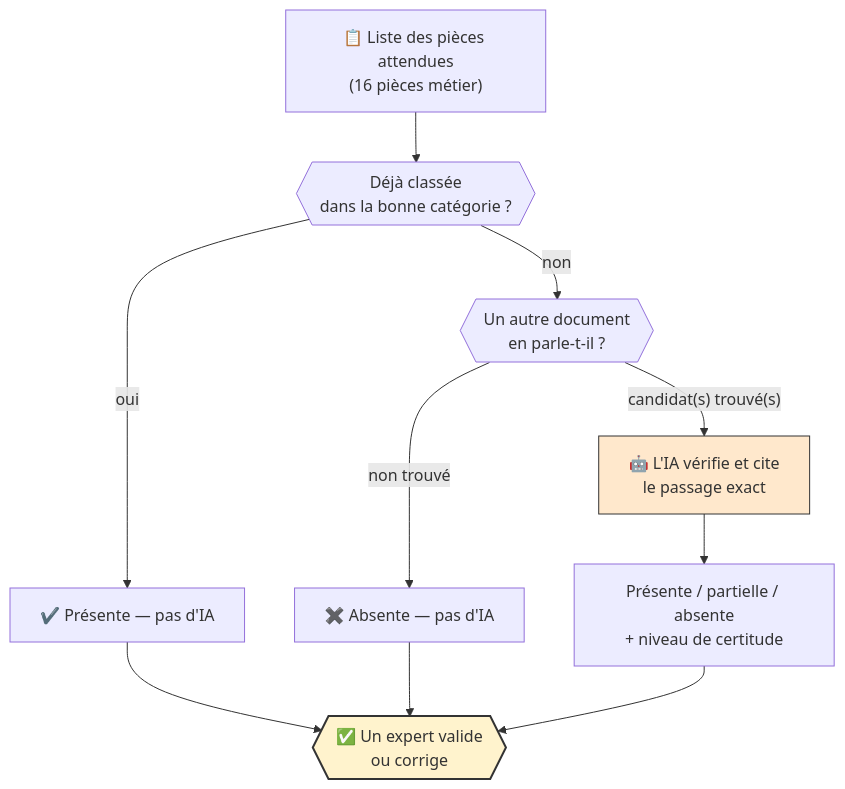
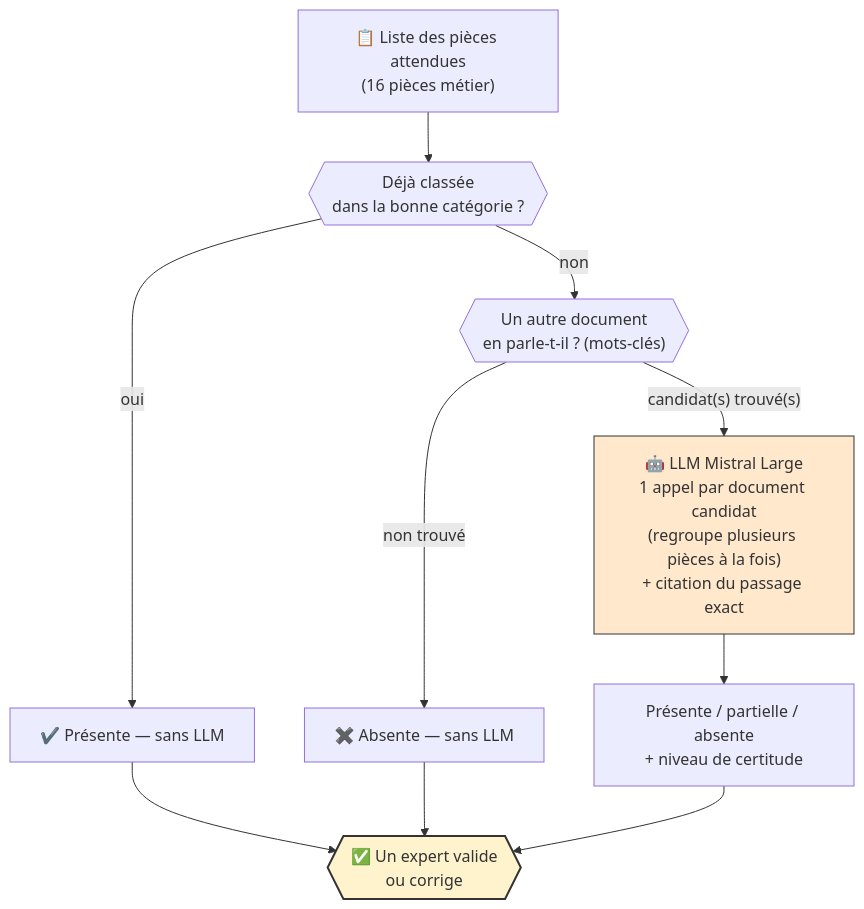
One commit to louisclzzzzzzz/AOP-app-v2 changed the fourth of 10 diagrams in docs/presentation/01_DIAGRAMMES_MERMAID.md. Above: the diagram before and after it, drawn with Mermaid. The commit also changed other lines of this file, not shown here.

First line of the commit message:
Rend les diagrammes Mermaid un peu plus techniques

````diff
--- a/docs/presentation/01_DIAGRAMMES_MERMAID.md
+++ b/docs/presentation/01_DIAGRAMMES_MERMAID.md
@@ -71,16 +74,16 @@
 ```mermaid
 flowchart TD
     LIST["📋 Liste des pièces attendues<br/>(16 pièces métier)"] --> L1{{"Déjà classée<br/>dans la bonne catégorie ?"}}
-    L1 -->|oui| OK["✔️ Présente — pas d'IA"]
-    L1 -->|non| L2{{"Un autre document<br/>en parle-t-il ?"}}
-    L2 -->|non trouvé| KO["✖️ Absente — pas d'IA"]
-    L2 -->|"candidat(s) trouvé(s)"| IA["🤖 L'IA vérifie et cite<br/>le passage exact"]
+    L1 -->|oui| OK["✔️ Présente — sans LLM"]
+    L1 -->|non| L2{{"Un autre document<br/>en parle-t-il ? (mots-clés)"}}
+    L2 -->|non trouvé| KO["✖️ Absente — sans LLM"]
+    L2 -->|"candidat(s) trouvé(s)"| IA["🤖 LLM Mistral Large<br/>1 appel par document candidat<br/>(regroupe plusieurs pièces à la fois)<br/>+ citation du passage exact"]
     IA --> RESULT["Présente / partielle / absente<br/>+ niveau de certitude"]
 
     OK --> CP{{"✅ Un expert valide<br/>ou corrige"}}
     KO --> CP
     RESULT --> CP
 
     style CP fill:#fff3cd,stroke:#333,stroke-width:2px
     style IA fill:#ffe8cc,stroke:#333
 ```
````
